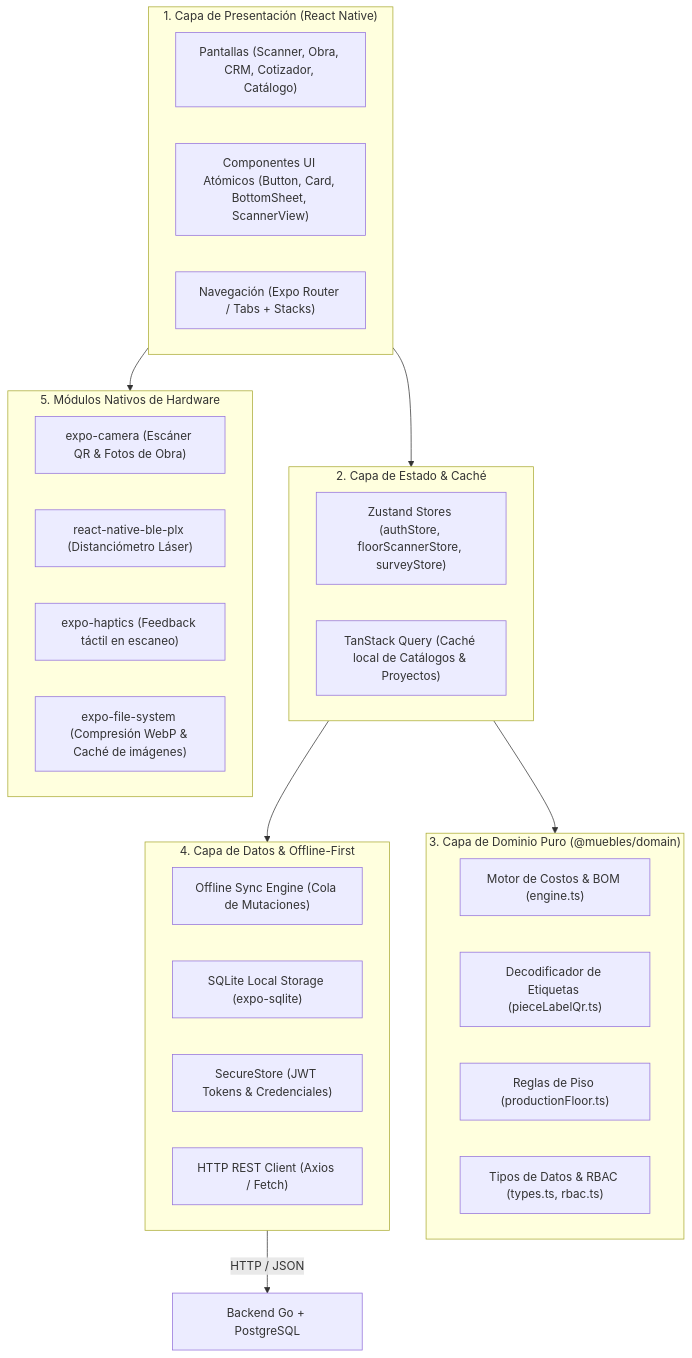
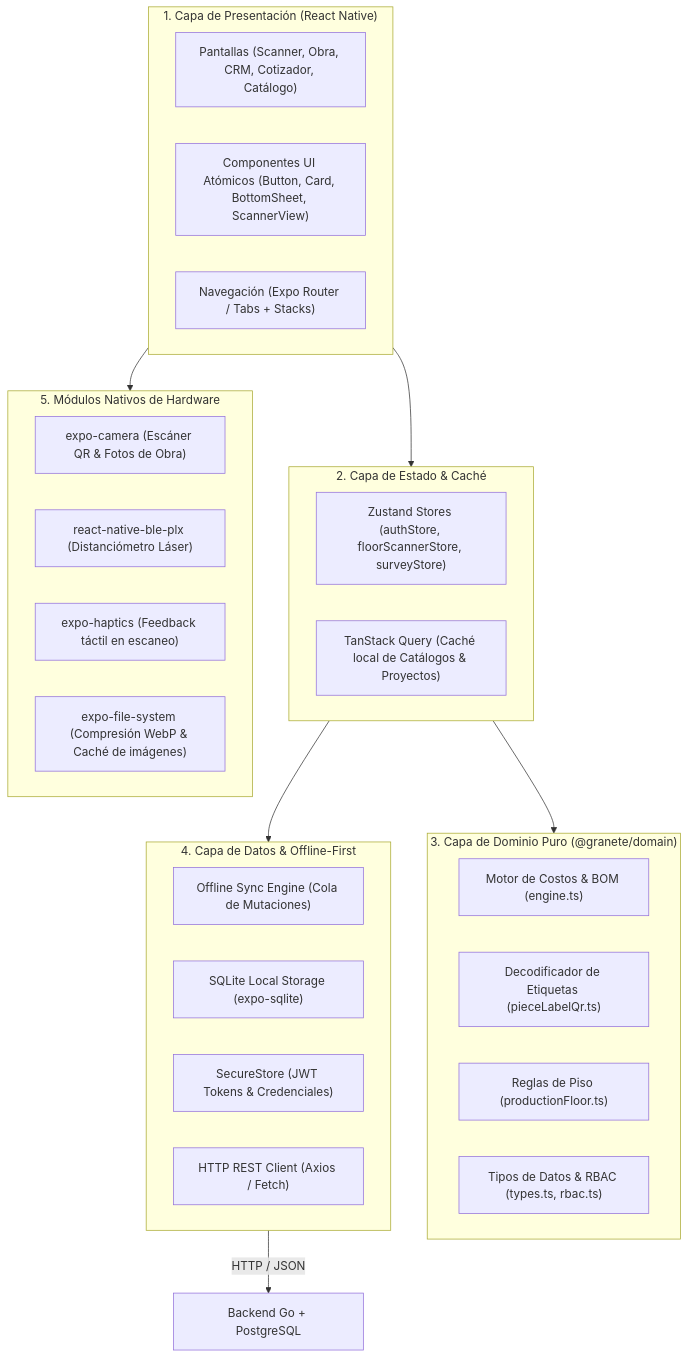
The first of 2 diagrams in docs/mobile-architecture.md (tiagofur/muebleria), drawn with Mermaid before and after one commit. The commit also changed other lines of this file and 474 other files, not shown here.

First line of the commit message:
refactor: #366 parte 3 — scope de paquetes @muebles/* → @granete/*

````diff
--- a/docs/mobile-architecture.md
+++ b/docs/mobile-architecture.md
@@ -98,40 +98,40 @@
 ```mermaid
 flowchart TD
     subgraph UI_LAYER["1. Capa de Presentación (React Native)"]
         Screens["Pantallas (Scanner, Obra, CRM, Cotizador, Catálogo)"]
         Components["Componentes UI Atómicos (Button, Card, BottomSheet, ScannerView)"]
         Nav["Navegación (Expo Router / Tabs + Stacks)"]
     end
 
     subgraph STATE_LAYER["2. Capa de Estado & Caché"]
         ZustandStores["Zustand Stores (authStore, floorScannerStore, surveyStore)"]
         QueryCache["TanStack Query (Caché local de Catálogos & Proyectos)"]
     end
 
-    subgraph DOMAIN_LAYER["3. Capa de Dominio Puro (@muebles/domain)"]
+    subgraph DOMAIN_LAYER["3. Capa de Dominio Puro (@granete/domain)"]
         Engine["Motor de Costos & BOM (engine.ts)"]
         QRParser["Decodificador de Etiquetas (pieceLabelQr.ts)"]
         FloorLogic["Reglas de Piso (productionFloor.ts)"]
         Types["Tipos de Datos & RBAC (types.ts, rbac.ts)"]
     end
 
     subgraph DATA_LAYER["4. Capa de Datos & Offline-First"]
         OfflineEngine["Offline Sync Engine (Cola de Mutaciones)"]
         SQLiteLocal["SQLite Local Storage (expo-sqlite)"]
         SecureStore["SecureStore (JWT Tokens & Credenciales)"]
         APIClient["HTTP REST Client (Axios / Fetch)"]
     end
 
     subgraph HARDWARE_LAYER["5. Módulos Nativos de Hardware"]
         CameraModule["expo-camera (Escáner QR & Fotos de Obra)"]
         BLEModule["react-native-ble-plx (Distanciómetro Láser)"]
         HapticsModule["expo-haptics (Feedback táctil en escaneo)"]
         FileSystemModule["expo-file-system (Compresión WebP & Caché de imágenes)"]
     end
 
     UI_LAYER --> STATE_LAYER
     STATE_LAYER --> DOMAIN_LAYER
     STATE_LAYER --> DATA_LAYER
     UI_LAYER --> HARDWARE_LAYER
     DATA_LAYER -->|HTTP / JSON| BackendGo["Backend Go + PostgreSQL"]
 ```
````
